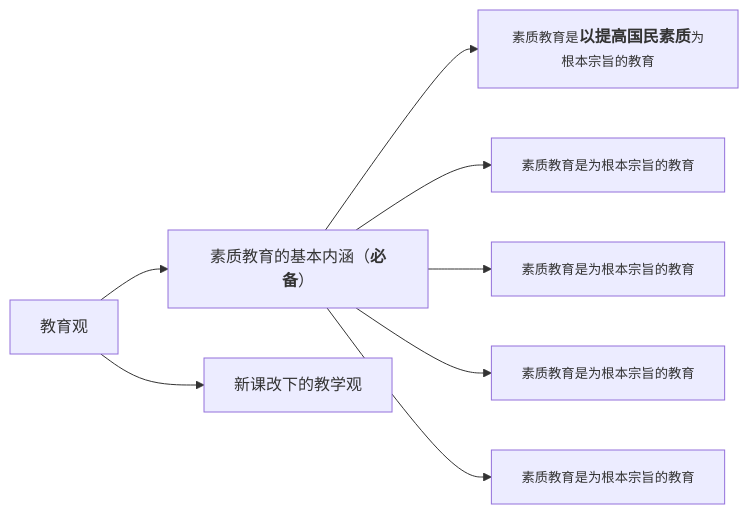
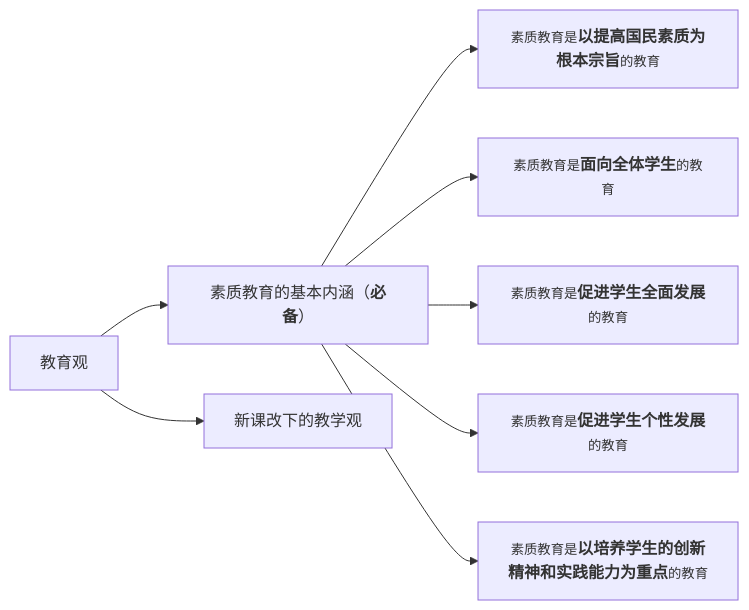
Before and after one commit to LetMeFly666/LeetCode: the seventh of 7 diagrams in Solutions/Other-JiaoZi-LearningNotes.md, drawn with Mermaid. The commit also changed other lines of this file, not shown here.

Commit message:
完成了素质教育的基本内涵

````diff
--- a/Solutions/Other-JiaoZi-LearningNotes.md
+++ b/Solutions/Other-JiaoZi-LearningNotes.md
@@ -134,11 +134,11 @@
 ```mermaid
 graph LR
 
-jiaoyuguan["教育观"] --> a["素质教育的基本内涵（<b class='red'>必备</b>）"]
-    a --> a1["<small>素质教育是</small><b>以<a class='red'>提</a>高国民<a class='red'>素</a>质</b><small>为根本宗旨的教育</small>"]
-    a --> a2["<small>素质教育是</small><small>为根本宗旨的教育</small>"]
-    a --> a3["<small>素质教育是</small><small>为根本宗旨的教育</small>"]
-    a --> a4["<small>素质教育是</small><small>为根本宗旨的教育</small>"]
-    a --> a5["<small>素质教育是</small><small>为根本宗旨的教育</small>"]
+jiaoyuguan["教育观"] --> a["素质教育的基本内涵（<b><red>必备</red></b>）"]
+    a --> a1["<small>素质教育是</small><b>以<red>提</red>高国民<red>素</red>质为根本宗旨</b><small>的教育</small>"]
+    a --> a2["<small>素质教育是</small><b>面向<red>全体</red>学生</b><small>的教育</small>"]
+    a --> a3["<small>素质教育是</small><b>促进学生<red>全面</red>发展</b><small>的教育</small>"]
+    a --> a4["<small>素质教育是</small><b>促进学生<red>个性</red>发展</b><small>的教育</small>"]
+    a --> a5["<small>素质教育是</small><b>以培养学生的<red>创</red>新精神和实践能力为重点</b><small>的教育</small>"]
 jiaoyuguan --> b["新课改下的教学观"]
 ```
````
